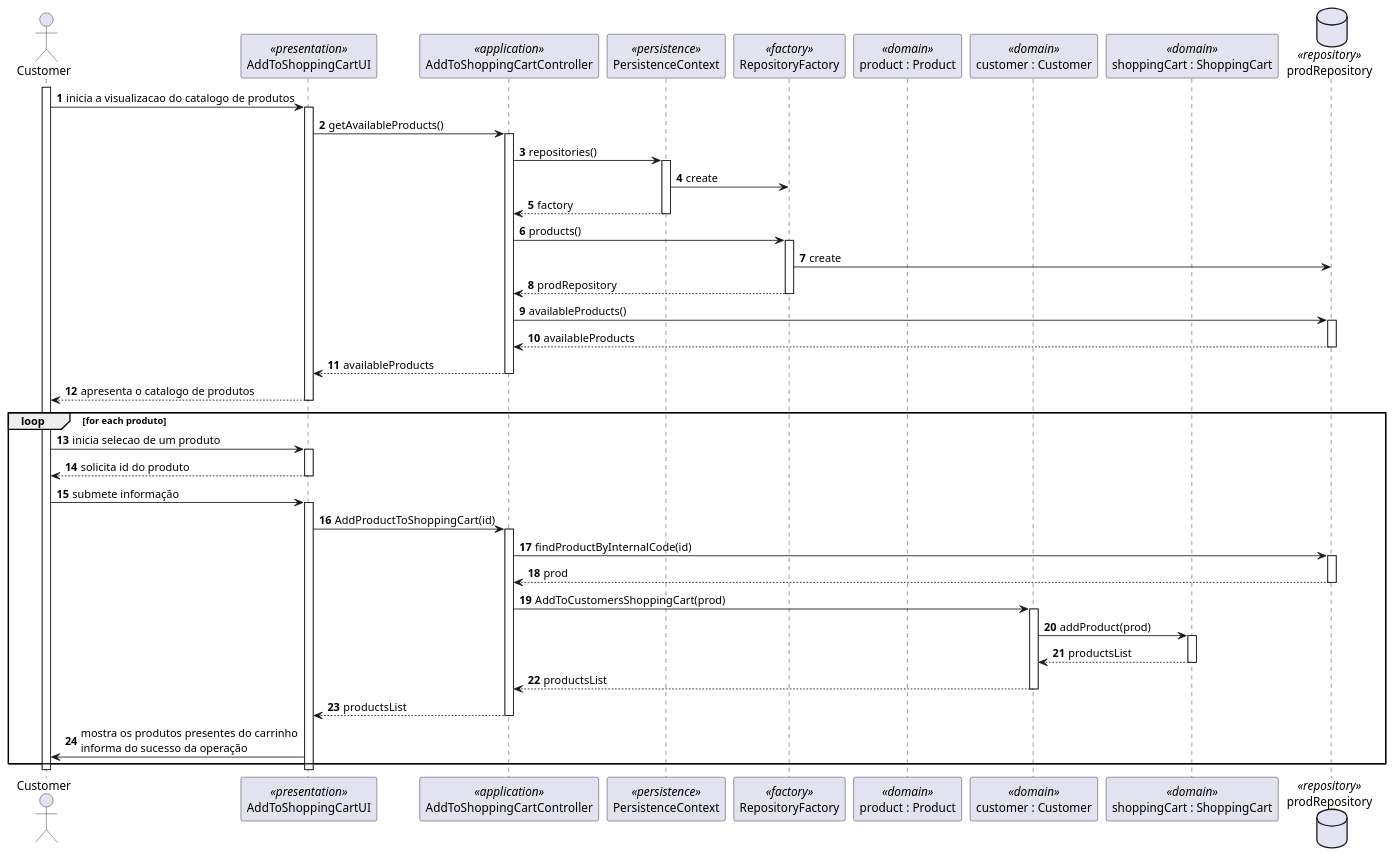
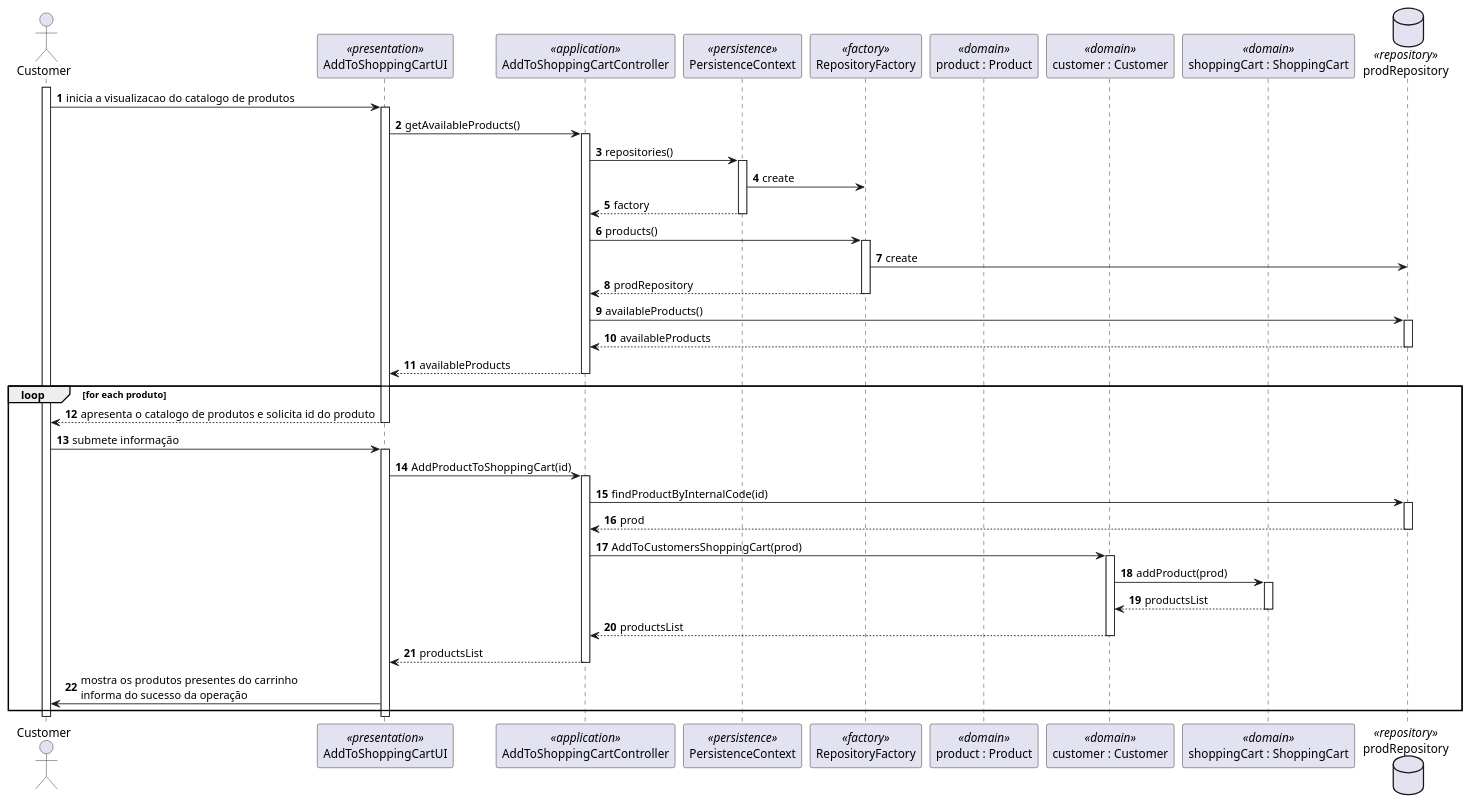
One commit to 1190772/LAB-Project-4 changed the diagram in Documentação/1190679/US1501/1501_SD.puml. Above: the diagram before and after it, drawn with PlantUML. The commit also changed 5 other files, not shown here.

```diff
--- a/Documentação/1190679/US1501/1501_SD.puml
+++ b/Documentação/1190679/US1501/1501_SD.puml
@@ -1,66 +1,62 @@
 @startuml
 autonumber
 actor "Customer" as C
 participant "AddToShoppingCartUI" as UI <<presentation>>
 participant "AddToShoppingCartController" as CTRL <<application>>
 participant PersistenceContext as PER <<persistence>>
 participant "RepositoryFactory" as REPOFACT <<factory>>
 participant "product : Product" as PROD <<domain>>
 participant "customer : Customer" as CUST <<domain>>
 participant "shoppingCart : ShoppingCart" as SC <<domain>>
 database "prodRepository" as prodREPO <<repository>>
 
 
 
 activate C
 C -> UI : inicia a visualizacao do catalogo de produtos
 activate UI
 UI -> CTRL : getAvailableProducts()
 activate CTRL
 CTRL -> PER : repositories()
 activate PER
 PER -> REPOFACT : create
 PER --> CTRL : factory
 deactivate PER
 CTRL -> REPOFACT : products()
 activate REPOFACT
 REPOFACT -> prodREPO : create
 REPOFACT --> CTRL : prodRepository
 deactivate REPOFACT
 CTRL -> prodREPO : availableProducts()
 activate prodREPO
 prodREPO --> CTRL : availableProducts
 deactivate prodREPO
 CTRL --> UI : availableProducts
 deactivate CTRL
-UI --> C : apresenta o catalogo de produtos
-deactivate UI
 loop for each produto
-C -> UI : inicia selecao de um produto
-activate UI
-UI --> C : solicita id do produto
+UI --> C : apresenta o catalogo de produtos e solicita id do produto
 deactivate UI
 C -> UI : submete informação
 activate UI
 UI -> CTRL : AddProductToShoppingCart(id)
 activate CTRL
 CTRL -> prodREPO : findProductByInternalCode(id)
 activate prodREPO
 prodREPO --> CTRL : prod
 deactivate prodREPO
 CTRL -> CUST : AddToCustomersShoppingCart(prod)
 activate CUST
 CUST -> SC : addProduct(prod)
 activate SC
 SC --> CUST : productsList
 deactivate SC
 CUST --> CTRL : productsList
 deactivate CUST
 CTRL --> UI : productsList
 deactivate CTRL
 UI -> C : mostra os produtos presentes do carrinho\ninforma do sucesso da operação
 end
 deactivate UI
 deactivate C
 
 @enduml
```
